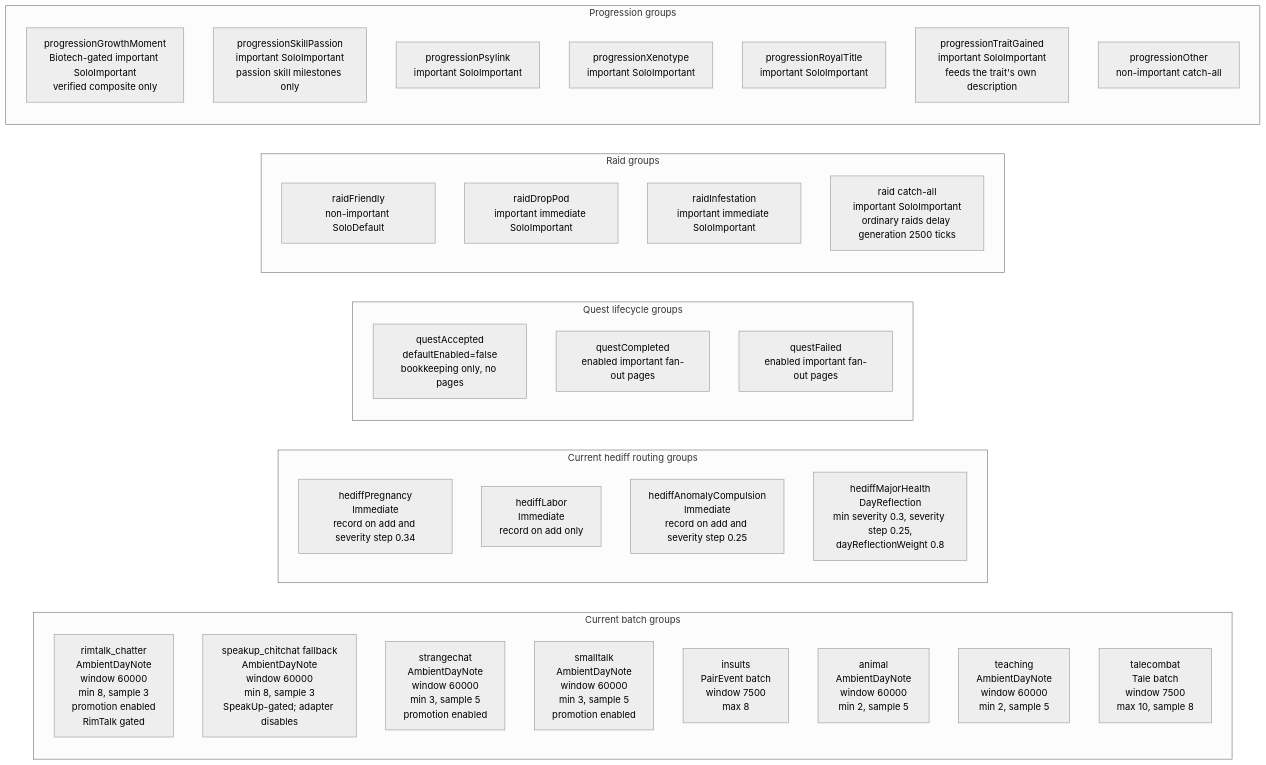
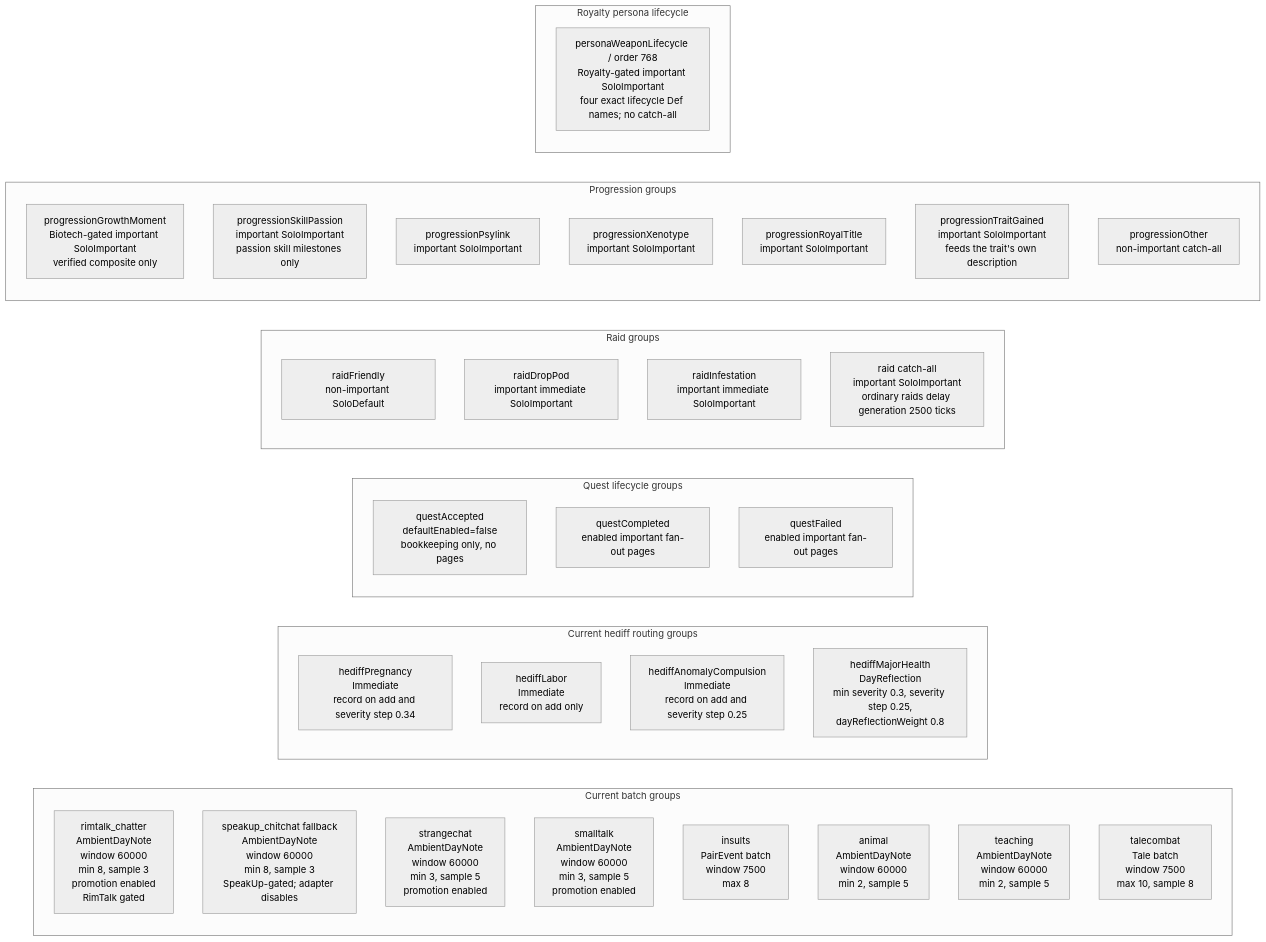
Before and after one commit to aimmlegate/PawnDiary: the fourth of 6 diagrams in EVENT_PROMPT_MAP.md, drawn with Mermaid (neutral theme). The commit also changed other lines of this file and 46 other files, not shown here.

Commit message:
Implement Royalty Phase 2 persona lifecycle

````diff
--- a/EVENT_PROMPT_MAP.md
+++ b/EVENT_PROMPT_MAP.md
@@ -293,43 +305,47 @@
 ```mermaid
 flowchart LR
     subgraph Batches["Current batch groups"]
         BG0["rimtalk_chatter<br/>AmbientDayNote<br/>window 60000<br/>min 8, sample 3<br/>promotion enabled<br/>RimTalk gated"]
         BG1["speakup_chitchat fallback<br/>AmbientDayNote<br/>window 60000<br/>min 8, sample 3<br/>SpeakUp-gated; adapter disables"]
         BG2["strangechat<br/>AmbientDayNote<br/>window 60000<br/>min 3, sample 5<br/>promotion enabled"]
         BG3["smalltalk<br/>AmbientDayNote<br/>window 60000<br/>min 3, sample 5<br/>promotion enabled"]
         BG4["insults<br/>PairEvent batch<br/>window 7500<br/>max 8"]
         BG5["animal<br/>AmbientDayNote<br/>window 60000<br/>min 2, sample 5"]
         BG6["teaching<br/>AmbientDayNote<br/>window 60000<br/>min 2, sample 5"]
         BG7["talecombat<br/>Tale batch<br/>window 7500<br/>max 10, sample 8"]
     end
 
     subgraph HediffGroups["Current hediff routing groups"]
         HG1["hediffPregnancy<br/>Immediate<br/>record on add and severity step 0.34"]
         HG2["hediffLabor<br/>Immediate<br/>record on add only"]
         HG3["hediffAnomalyCompulsion<br/>Immediate<br/>record on add and severity step 0.25"]
         HG4["hediffMajorHealth<br/>DayReflection<br/>min severity 0.3, severity step 0.25,<br/>dayReflectionWeight 0.8"]
     end
 
     subgraph QuestGroups["Quest lifecycle groups"]
         Q1["questAccepted<br/>defaultEnabled=false<br/>bookkeeping only, no pages"]
         Q2["questCompleted<br/>enabled important fan-out pages"]
         Q3["questFailed<br/>enabled important fan-out pages"]
     end
 
     subgraph RaidGroups["Raid groups"]
         R1["raidFriendly<br/>non-important SoloDefault"]
         R2["raidDropPod<br/>important immediate SoloImportant"]
         R3["raidInfestation<br/>important immediate SoloImportant"]
         R4["raid catch-all<br/>important SoloImportant<br/>ordinary raids delay generation 2500 ticks"]
     end
 
     subgraph ProgressionGroups["Progression groups"]
         P0["progressionGrowthMoment<br/>Biotech-gated important SoloImportant<br/>verified composite only"]
         P1["progressionSkillPassion<br/>important SoloImportant<br/>passion skill milestones only"]
         P2["progressionPsylink<br/>important SoloImportant"]
         P3["progressionXenotype<br/>important SoloImportant"]
         P4["progressionRoyalTitle<br/>important SoloImportant"]
         P5["progressionTraitGained<br/>important SoloImportant<br/>feeds the trait's own description"]
         P6["progressionOther<br/>non-important catch-all"]
     end
+
+    subgraph PersonaGroups["Royalty persona lifecycle"]
+        RP1["personaWeaponLifecycle / order 768<br/>Royalty-gated important SoloImportant<br/>four exact lifecycle Def names; no catch-all"]
+    end
 ```
````
